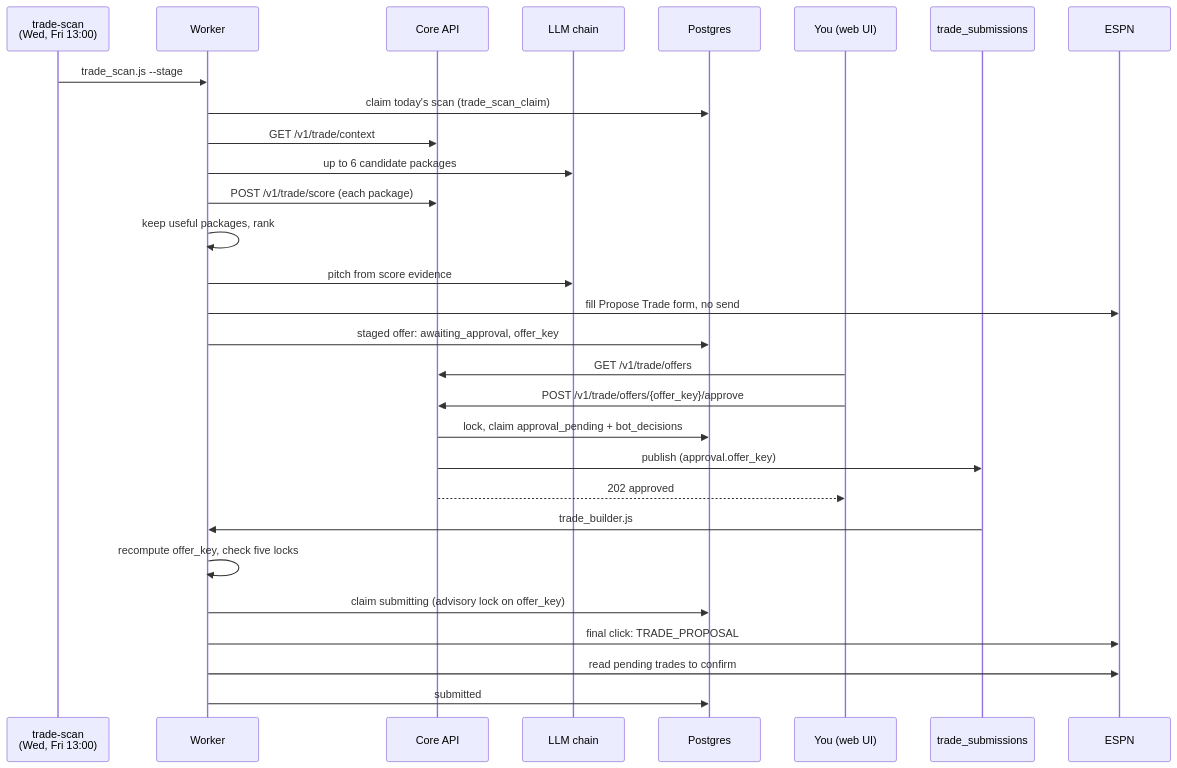
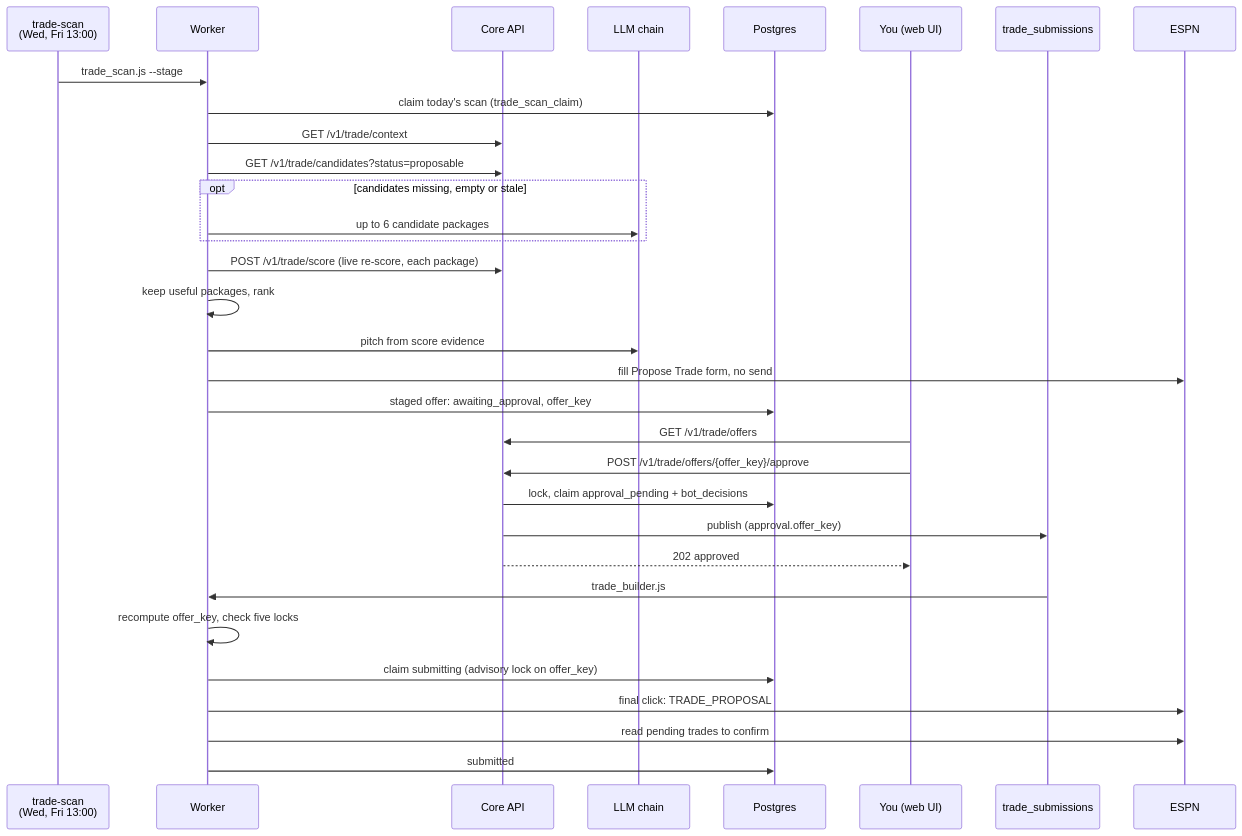
One commit to cvillarr23/fantasy-project changed the first of 2 diagrams in docs/overview/flows/outgoing-trades.md. Above: the diagram before and after it, drawn with Mermaid. The commit also changed other lines of this file and 2 other files, not shown here.

Commit message:
Document trade candidates in the outgoing trade flow and architecture (#76)
Trade scans now start from the core trade_candidates set and re-score
each package live; the LLM drafts packages only as a fallback. Adds the
two trade-candidates CronJobs to the schedule table and regenerates
project-map.md now that epic #13 is closed.

Refs #13

````diff
--- a/docs/overview/flows/outgoing-trades.md
+++ b/docs/overview/flows/outgoing-trades.md
@@ -9,31 +9,34 @@
 ```mermaid
 sequenceDiagram
     participant CJ as trade-scan<br/>(Wed, Fri 13:00)
     participant W as Worker
     participant API as Core API
     participant L as LLM chain
     participant DB as Postgres
     participant U as You (web UI)
     participant MQ as trade_submissions
     participant E as ESPN
     CJ->>W: trade_scan.js --stage
     W->>DB: claim today's scan (trade_scan_claim)
     W->>API: GET /v1/trade/context
-    W->>L: up to 6 candidate packages
-    W->>API: POST /v1/trade/score (each package)
+    W->>API: GET /v1/trade/candidates?status=proposable
+    opt candidates missing, empty or stale
+        W->>L: up to 6 candidate packages
+    end
+    W->>API: POST /v1/trade/score (live re-score, each package)
     W->>W: keep useful packages, rank
     W->>L: pitch from score evidence
     W->>E: fill Propose Trade form, no send
     W->>DB: staged offer: awaiting_approval, offer_key
     U->>API: GET /v1/trade/offers
     U->>API: POST /v1/trade/offers/{offer_key}/approve
     API->>DB: lock, claim approval_pending + bot_decisions
     API->>MQ: publish (approval.offer_key)
     API-->>U: 202 approved
     MQ->>W: trade_builder.js
     W->>W: recompute offer_key, check five locks
     W->>DB: claim submitting (advisory lock on offer_key)
     W->>E: final click: TRADE_PROPOSAL
     W->>E: read pending trades to confirm
     W->>DB: submitted
 ```
````
